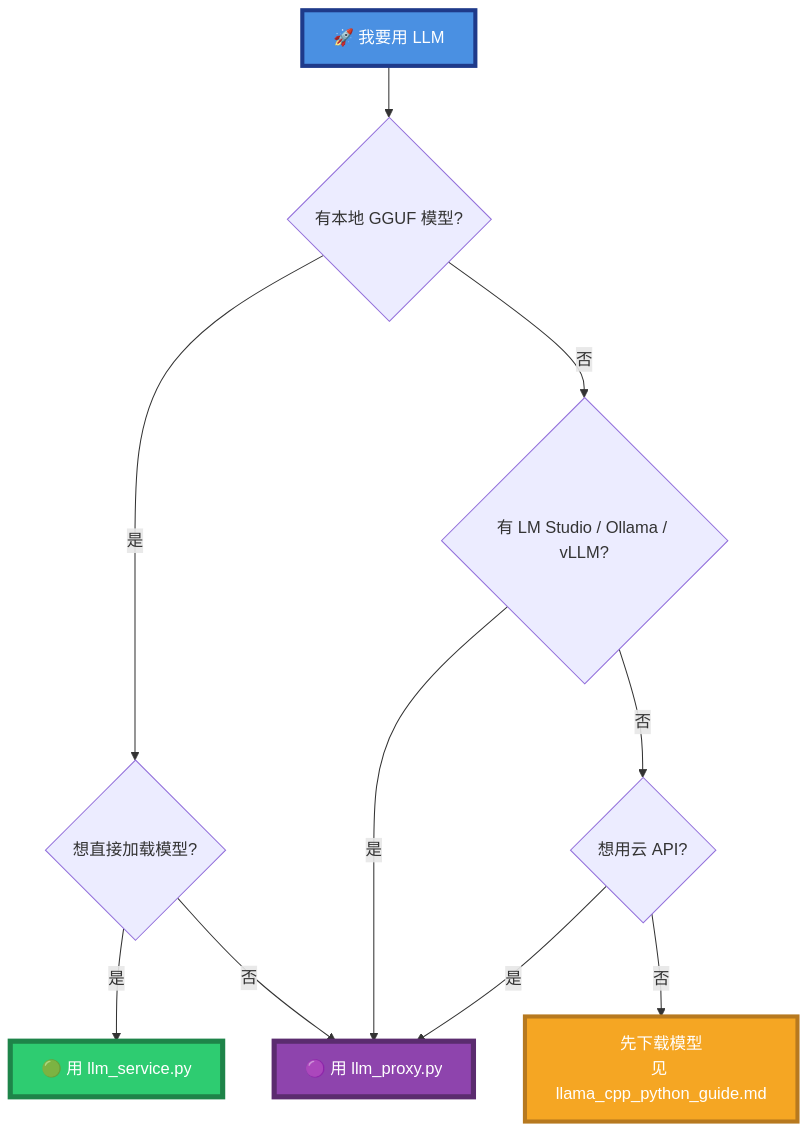
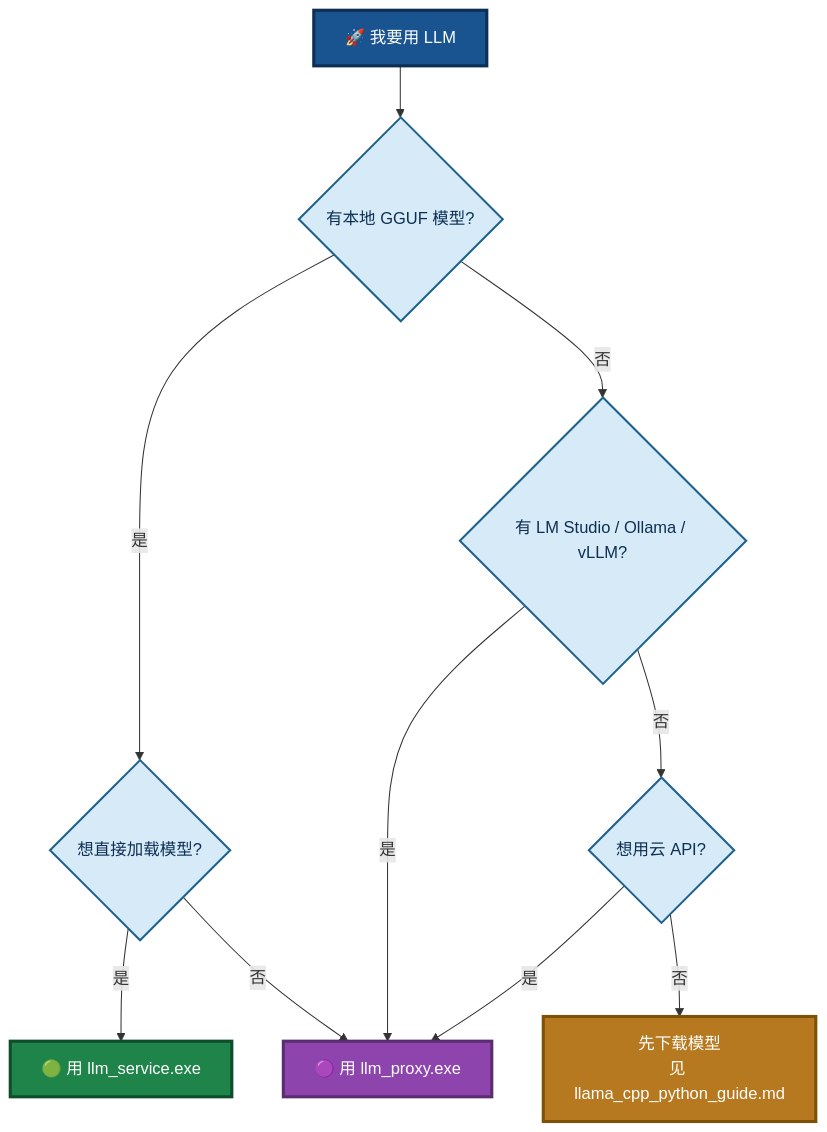
One commit to PassByYou888/LingoFuse-pasAgent changed the sixth of 28 diagrams in src/llm-service/LingoFuse_LLM_Ecosystem_User_Guide.md. Above: the diagram before and after it, drawn with Mermaid. The commit also changed other lines of this file, not shown here.

````diff
--- a/src/llm-service/LingoFuse_LLM_Ecosystem_User_Guide.md
+++ b/src/llm-service/LingoFuse_LLM_Ecosystem_User_Guide.md
@@ -156,17 +205,21 @@
 ```mermaid
 flowchart TD
     START["🚀 我要用 LLM"] --> Q1{"有本地 GGUF 模型?"}
     Q1 -->|是| Q2{"想直接加载模型?"}
     Q1 -->|否| Q3{"有 LM Studio / Ollama / vLLM?"}
-    Q2 -->|是| LS["🟢 用 llm_service.py"]
-    Q2 -->|否| LP["🟣 用 llm_proxy.py"]
+    Q2 -->|是| LS["🟢 用 llm_service.exe"]
+    Q2 -->|否| LP["🟣 用 llm_proxy.exe"]
     Q3 -->|是| LP
     Q3 -->|否| Q4{"想用云 API?"}
     Q4 -->|是| LP
-    Q4 -->|否| DOWNLOAD["先下载模型<br/>见 llama_cpp_python_guide.md"]
+    Q4 -->|否| DL["先下载模型<br/>见 llama_cpp_python_guide.md"]
 
-    style START fill:#4A90E2,stroke:#1E3A8A,stroke-width:4px,color:#FFFFFF
-    style LS fill:#2ECC71,stroke:#1E8449,stroke-width:5px,color:#FFFFFF
-    style LP fill:#8E44AD,stroke:#5B2C6F,stroke-width:5px,color:#FFFFFF
-    style DOWNLOAD fill:#F5A623,stroke:#B7791F,stroke-width:4px,color:#FFFFFF
+    style START fill:#1A5490,stroke:#0D2F52,stroke-width:3px,color:#FFFFFF
+    style LS fill:#1E8449,stroke:#0E4D2A,stroke-width:3px,color:#FFFFFF
+    style LP fill:#8E44AD,stroke:#5B2C6F,stroke-width:3px,color:#FFFFFF
+    style DL fill:#B7791F,stroke:#7E5109,stroke-width:3px,color:#FFFFFF
+    style Q1 fill:#D6EAF8,stroke:#1F618D,stroke-width:2px,color:#0D2F52
+    style Q2 fill:#D6EAF8,stroke:#1F618D,stroke-width:2px,color:#0D2F52
+    style Q3 fill:#D6EAF8,stroke:#1F618D,stroke-width:2px,color:#0D2F52
+    style Q4 fill:#D6EAF8,stroke:#1F618D,stroke-width:2px,color:#0D2F52
 ```
````
